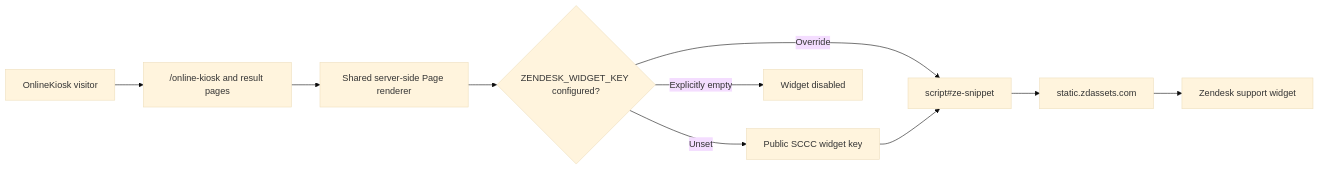
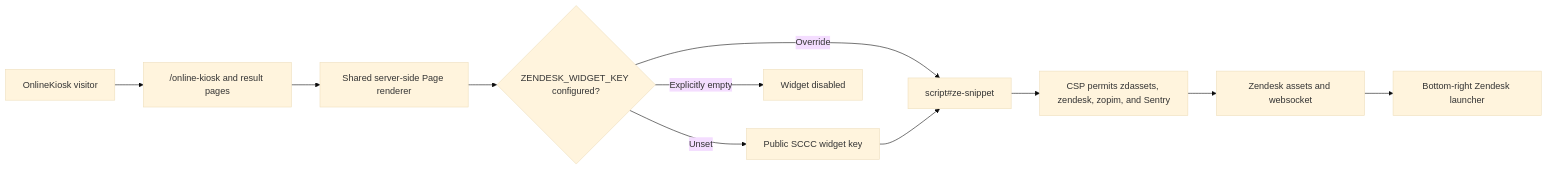
Before and after one commit to OlderschCoder/Network-Insight-Hub: the diagram in docs/zendesk-kiosk-widget-flow.mmd, drawn with Mermaid (base theme). The commit also changed 2 other files, not shown here.

Commit message:
Allow Zendesk launcher resources in kiosk CSP

```diff
--- a/docs/zendesk-kiosk-widget-flow.mmd
+++ b/docs/zendesk-kiosk-widget-flow.mmd
@@ -1,10 +1,11 @@
 flowchart LR
     Visitor["OnlineKiosk visitor"] --> Kiosk["/online-kiosk and result pages"]
     Kiosk --> Renderer["Shared server-side Page renderer"]
     Renderer --> WidgetKey{"ZENDESK_WIDGET_KEY configured?"}
     WidgetKey -->|"Override"| Snippet["script#ze-snippet"]
     WidgetKey -->|"Unset"| Default["Public SCCC widget key"]
     Default --> Snippet
     WidgetKey -->|"Explicitly empty"| Disabled["Widget disabled"]
-    Snippet --> Assets["static.zdassets.com"]
-    Assets --> Support["Zendesk support widget"]
+    Snippet --> Policy["CSP permits zdassets, zendesk, zopim, and Sentry"]
+    Policy --> Assets["Zendesk assets and websocket"]
+    Assets --> Support["Bottom-right Zendesk launcher"]
```
